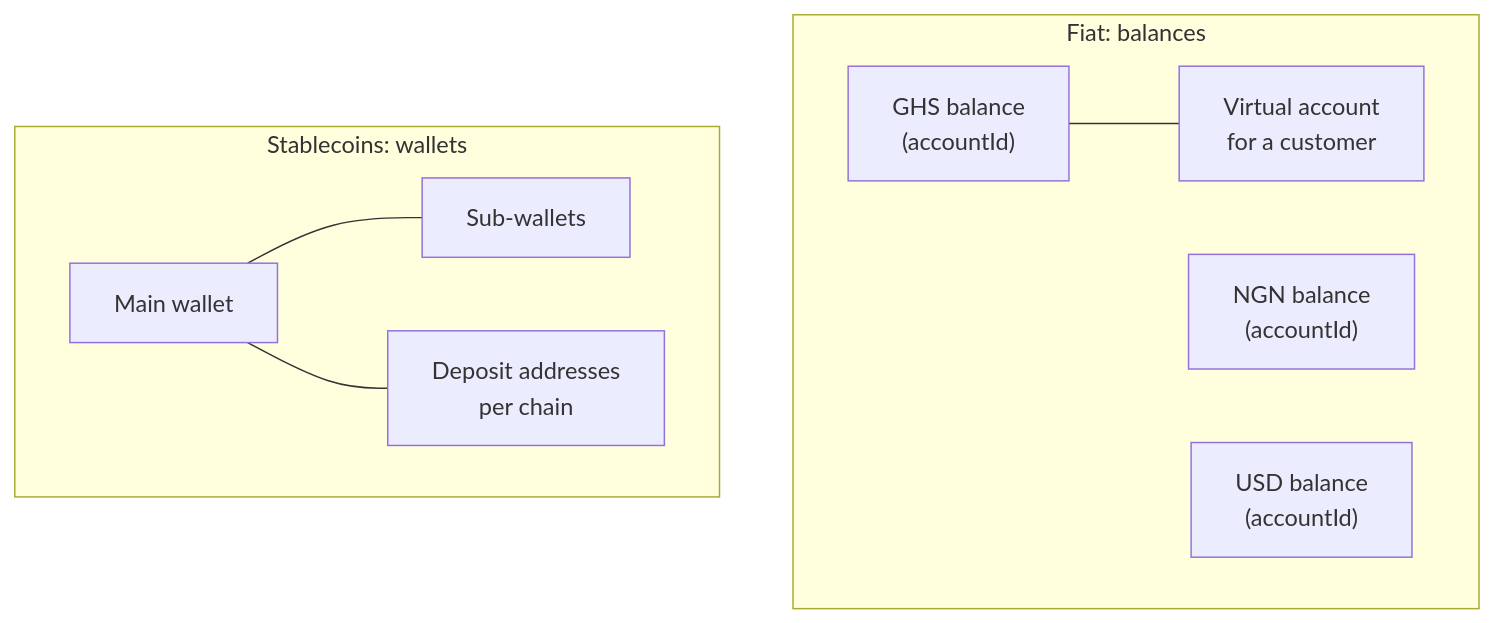
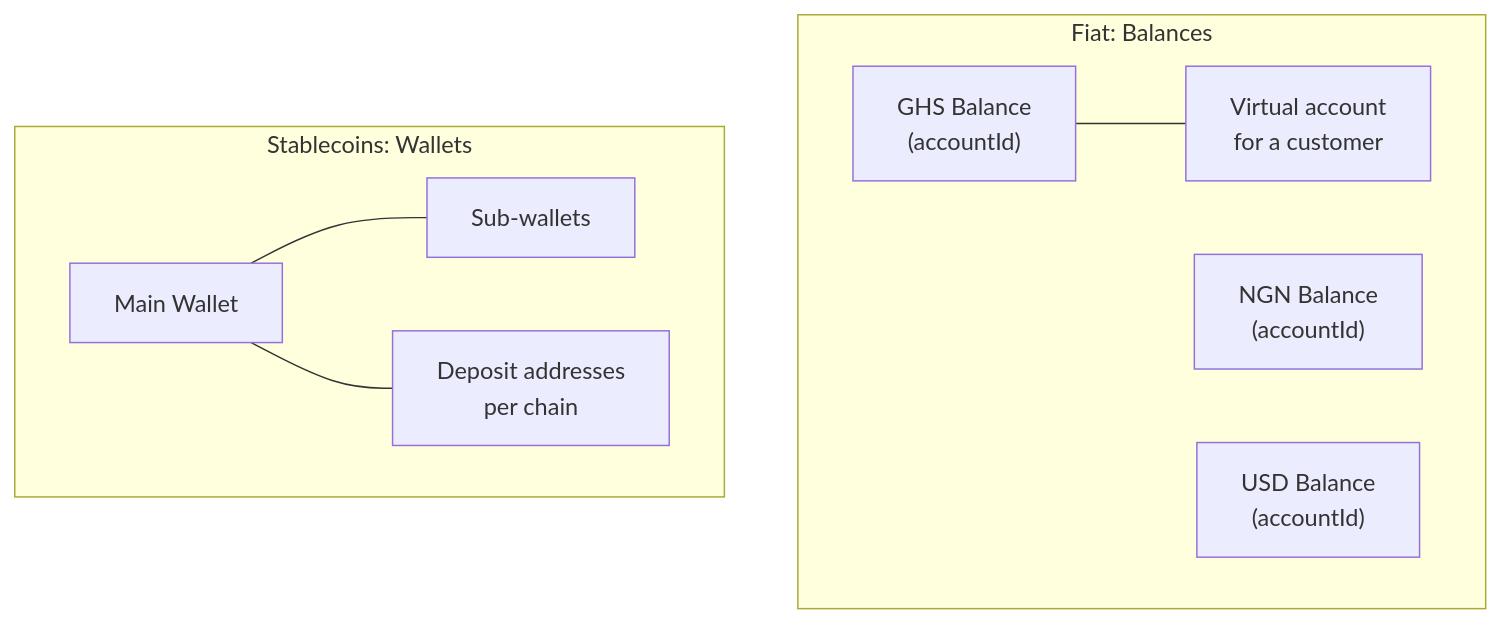
The diagram in get-started/concepts/accounts-and-balances.mdx (Hyper-Rail/docs), drawn with Mermaid before and after one commit. The commit also changed other lines of this file and 31 other files, not shown here.

````diff
--- a/get-started/concepts/accounts-and-balances.mdx
+++ b/get-started/concepts/accounts-and-balances.mdx
@@ -9,12 +9,12 @@
 ```mermaid
 flowchart TB
-  subgraph Fiat["Fiat: balances"]
-    B1["GHS balance<br/>(accountId)"] --- VA1["Virtual account<br/>for a customer"]
-    B2["NGN balance<br/>(accountId)"]
-    B3["USD balance<br/>(accountId)"]
+  subgraph Fiat["Fiat: Balances"]
+    B1["GHS Balance<br/>(accountId)"] --- VA1["Virtual account<br/>for a customer"]
+    B2["NGN Balance<br/>(accountId)"]
+    B3["USD Balance<br/>(accountId)"]
   end
-  subgraph Crypto["Stablecoins: wallets"]
-    W["Main wallet"] --- SW["Sub-wallets"]
+  subgraph Crypto["Stablecoins: Wallets"]
+    W["Main Wallet"] --- SW["Sub-wallets"]
     W --- DA["Deposit addresses<br/>per chain"]
   end
 ```
````
